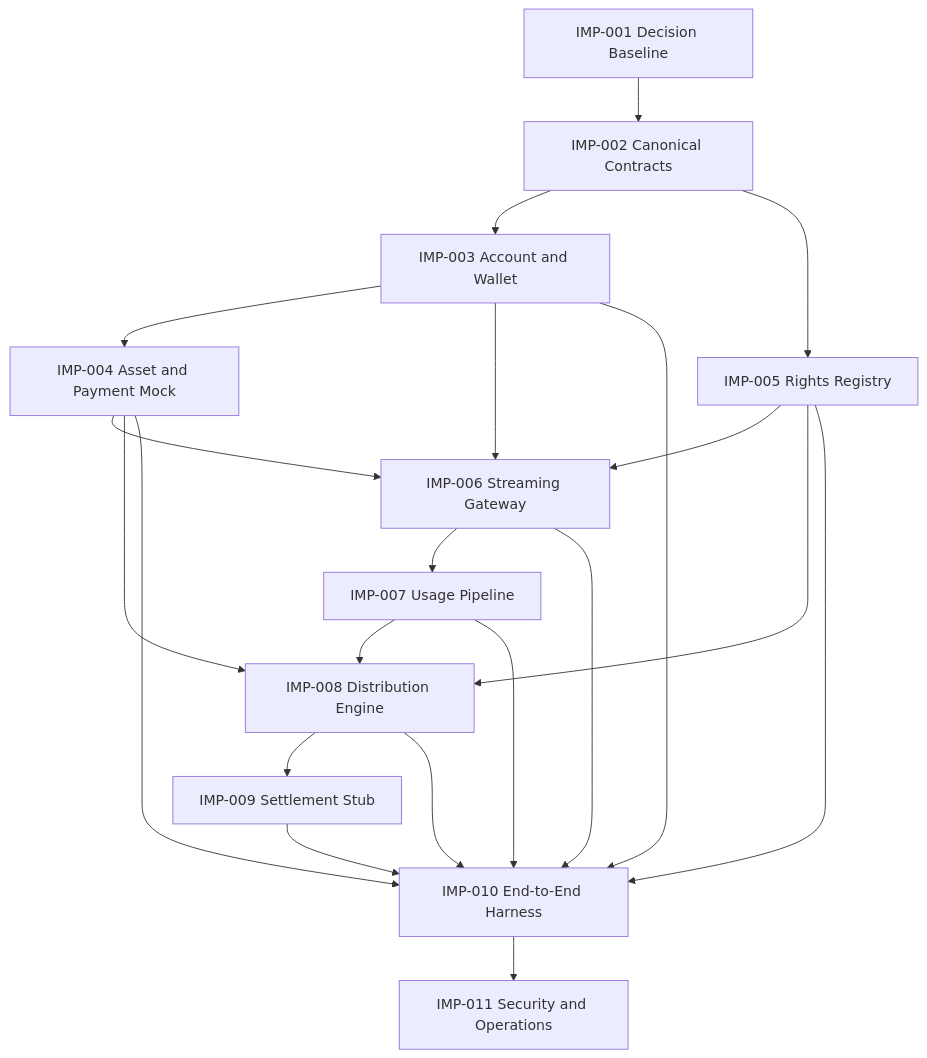
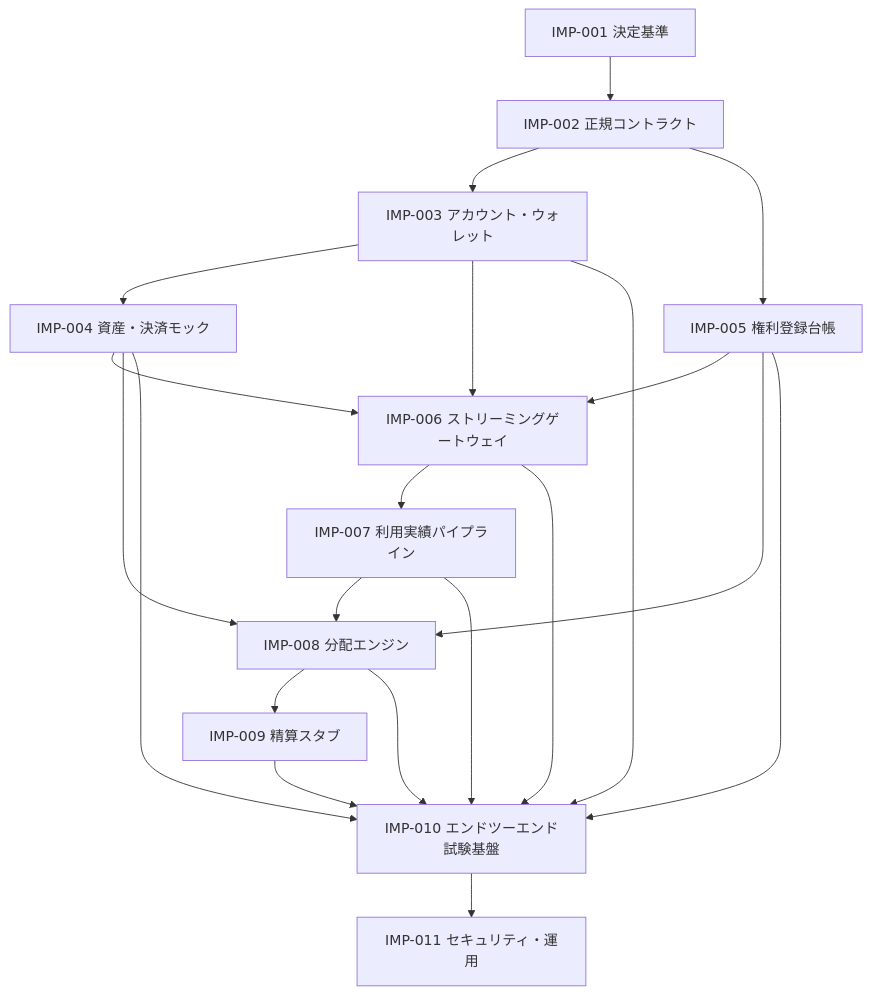
One commit to ShigeichiroYamasaki/creator-first-platform changed the diagram in docs/protocol/implementation-plan.md. Above: the diagram before and after it, drawn with Mermaid. The commit also changed other lines of this file and 72 other files, not shown here.

````diff
--- a/docs/protocol/implementation-plan.md
+++ b/docs/protocol/implementation-plan.md
@@ -28,31 +28,31 @@
 ```mermaid
 flowchart TD
-    W1[IMP-001 Decision Baseline]
-    W2[IMP-002 Canonical Contracts]
-    W3[IMP-003 Account and Wallet]
-    W4[IMP-004 Asset and Payment Mock]
-    W5[IMP-005 Rights Registry]
-    W6[IMP-006 Streaming Gateway]
-    W7[IMP-007 Usage Pipeline]
-    W8[IMP-008 Distribution Engine]
-    W9[IMP-009 Settlement Stub]
-    W10[IMP-010 End-to-End Harness]
-    W11[IMP-011 Security and Operations]
+    W1[IMP-001 決定基準]
+    W2[IMP-002 正規コントラクト]
+    W3[IMP-003 アカウント・ウォレット]
+    W4[IMP-004 資産・決済モック]
+    W5[IMP-005 権利登録台帳]
+    W6[IMP-006 ストリーミングゲートウェイ]
+    W7[IMP-007 利用実績パイプライン]
+    W8[IMP-008 分配エンジン]
+    W9[IMP-009 精算スタブ]
+    W10[IMP-010 エンドツーエンド試験基盤]
+    W11[IMP-011 セキュリティ・運用]
 
     W1 --> W2
     W2 --> W3 --> W4
     W2 --> W5
     W3 --> W6
     W4 --> W6
     W5 --> W6 --> W7
     W4 --> W8
     W5 --> W8
     W7 --> W8 --> W9
     W3 --> W10
     W4 --> W10
     W5 --> W10
     W6 --> W10
     W7 --> W10
     W8 --> W10
     W9 --> W10 --> W11
 ```
````
